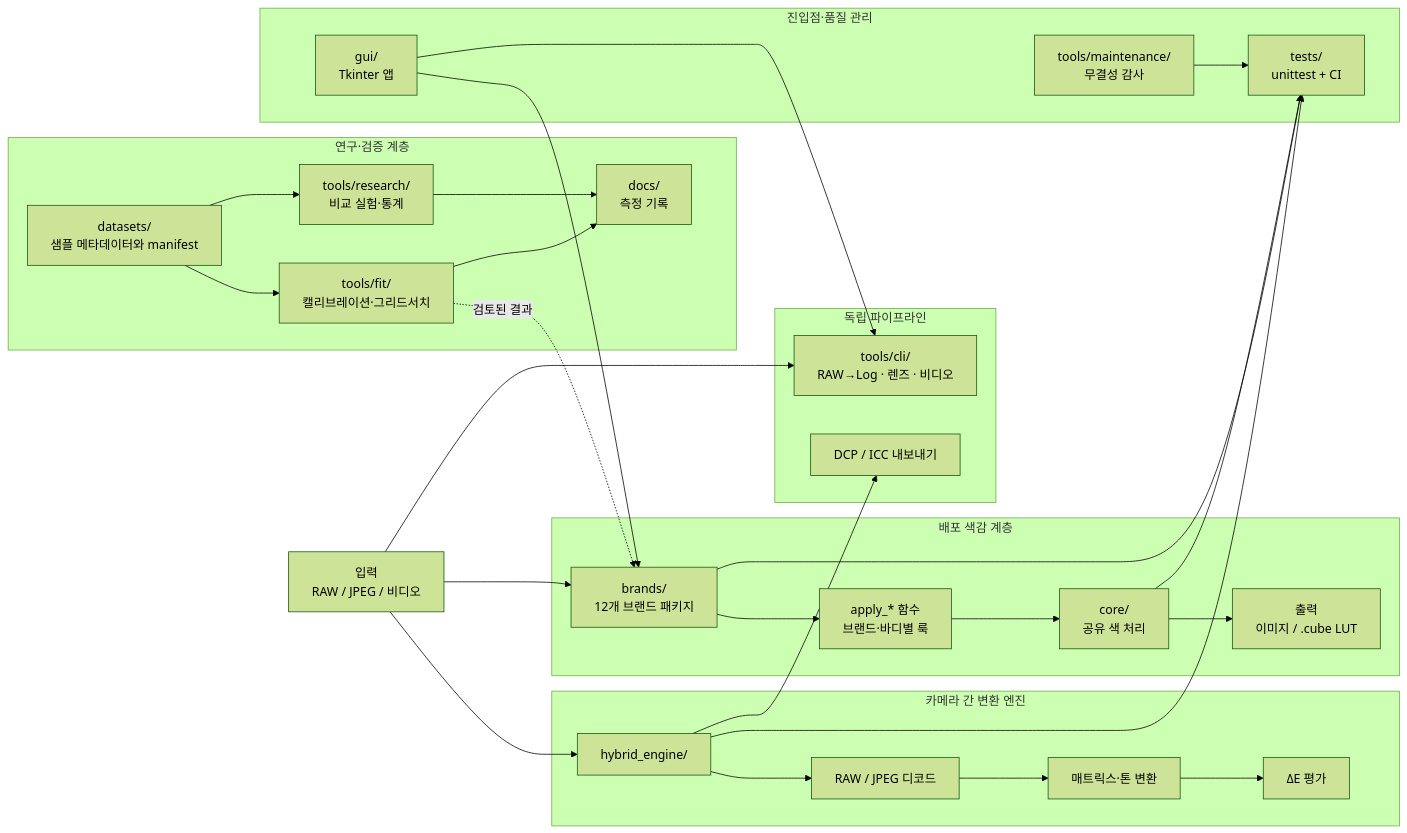
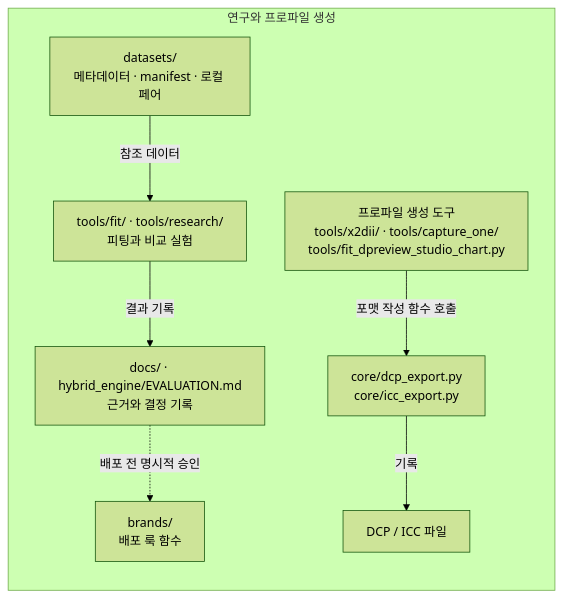
The second of 2 diagrams in README.ko.md (songjiun10-collab/Hncs), drawn with Mermaid (forest theme) before and after one commit. The commit also changed other lines of this file and 1 other file, not shown here.

Commit message:
docs: correct architecture relationships and diagram layout

````diff
--- a/README.ko.md
+++ b/README.ko.md
@@ -146,50 +165,19 @@
 ```mermaid
-flowchart LR
-    INPUT["입력<br/>RAW / JPEG / 비디오"]
-
-    subgraph SHIPPED["배포 색감 계층"]
-        BRANDS["brands/<br/>12개 브랜드 패키지"]
-        APPLY["apply_* 함수<br/>브랜드·바디별 룩"]
-        CORE["core/<br/>공유 색 처리"]
-        OUTPUT["출력<br/>이미지 / .cube LUT"]
+flowchart TB
+    subgraph RESEARCH["연구와 프로파일 생성"]
+        direction TB
+        DATA["datasets/<br/>메타데이터 · manifest · 로컬 페어"]
+        FIT["tools/fit/ · tools/research/<br/>피팅과 비교 실험"]
+        DOCS["docs/ · hybrid_engine/EVALUATION.md<br/>근거와 결정 기록"]
+        PROFILETOOLS["프로파일 생성 도구<br/>tools/x2dii/ · tools/capture_one/<br/>tools/fit_dpreview_studio_chart.py"]
+        WRITERS["core/dcp_export.py<br/>core/icc_export.py"]
+        PROFILES["DCP / ICC 파일"]
+        BRANDS["brands/<br/>배포 룩 함수"]
+        DATA -->|"참조 데이터"| FIT
+        FIT -->|"결과 기록"| DOCS
+        DOCS -. "배포 전 명시적 승인" .-> BRANDS
+        PROFILETOOLS -->|"포맷 작성 함수 호출"| WRITERS
+        WRITERS -->|"기록"| PROFILES
     end
 
-    subgraph PIPELINES["독립 파이프라인"]
-        TOOLS["tools/cli/<br/>RAW→Log · 렌즈 · 비디오"]
-        PROFILES["DCP / ICC 내보내기"]
-    end
-
-    subgraph RESEARCH["연구·검증 계층"]
-        DATA["datasets/<br/>샘플 메타데이터와 manifest"]
-        FIT["tools/fit/<br/>캘리브레이션·그리드서치"]
-        EXP["tools/research/<br/>비교 실험·통계"]
-        DOCS["docs/<br/>측정 기록"]
-    end
-
-    subgraph HYBRID["카메라 간 변환 엔진"]
-        ENGINE["hybrid_engine/"]
-        DECODE["RAW / JPEG 디코드"]
-        TRANSFORM["매트릭스·톤 변환"]
-        EVAL["ΔE 평가"]
-    end
-
-    subgraph ACCESS["진입점·품질 관리"]
-        GUI["gui/<br/>Tkinter 앱"]
-        TESTS["tests/<br/>unittest + CI"]
-        AUDIT["tools/maintenance/<br/>무결성 감사"]
-    end
-
-    INPUT --> BRANDS --> APPLY --> CORE --> OUTPUT
-    INPUT --> TOOLS
-    INPUT --> ENGINE --> DECODE --> TRANSFORM --> EVAL
-    ENGINE --> PROFILES
-    DATA --> FIT --> DOCS
-    DATA --> EXP --> DOCS
-    FIT -. "검토된 결과" .-> BRANDS
-    GUI --> TOOLS
-    GUI --> BRANDS
-    BRANDS --> TESTS
-    CORE --> TESTS
-    ENGINE --> TESTS
-    AUDIT --> TESTS
 ```
````
